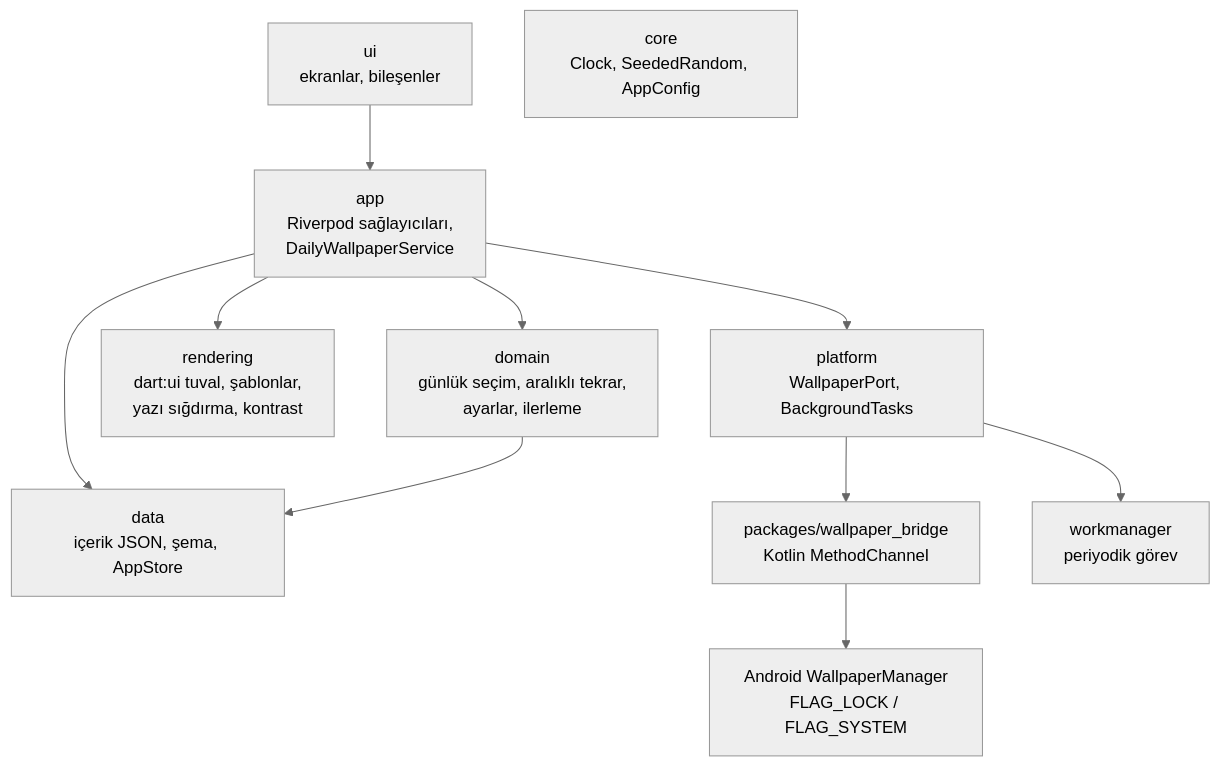
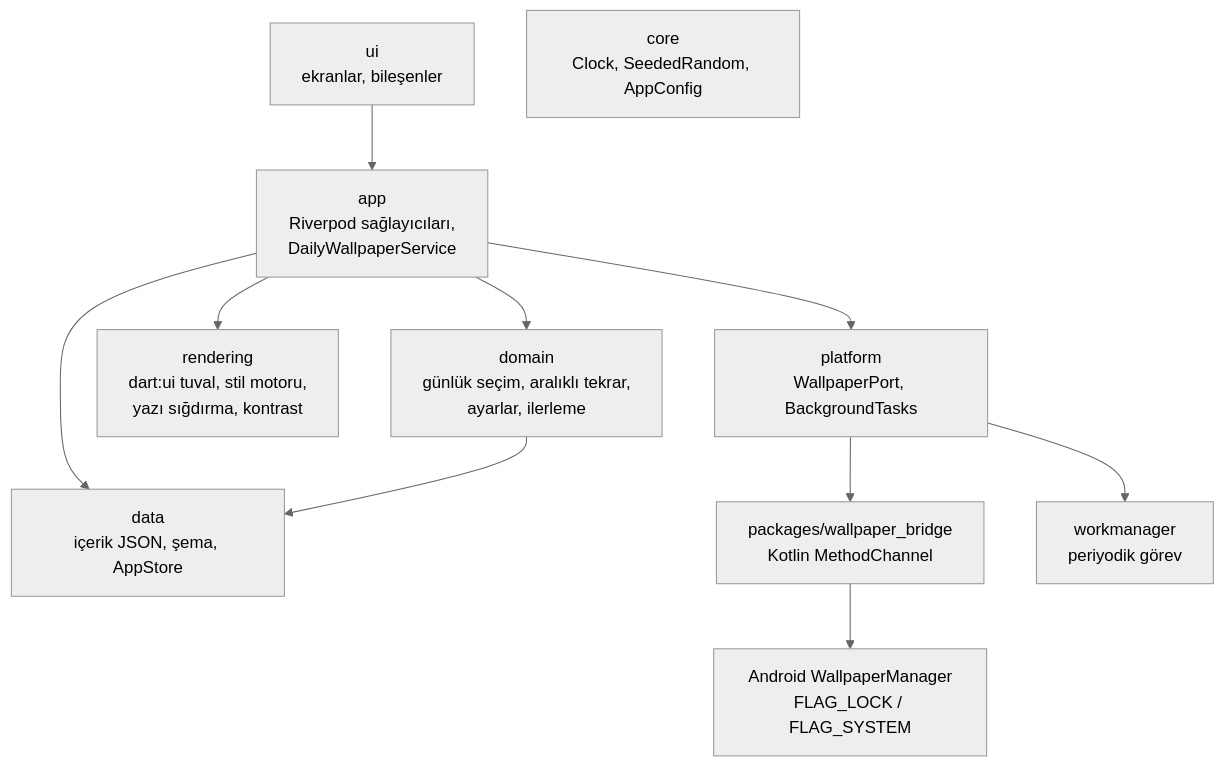
One commit to yusuf-aycicek/dayleaf changed the diagram in README.tr.md. Above: the diagram before and after it, drawn with Mermaid (neutral theme). The commit also changed other lines of this file and 129 other files, not shown here.

````diff
--- a/README.tr.md
+++ b/README.tr.md
@@ -40,13 +44,13 @@
 ```mermaid
 flowchart TD
     UI["ui<br/>ekranlar, bileşenler"] --> APP["app<br/>Riverpod sağlayıcıları,<br/>DailyWallpaperService"]
     APP --> DOMAIN["domain<br/>günlük seçim, aralıklı tekrar,<br/>ayarlar, ilerleme"]
-    APP --> RENDER["rendering<br/>dart:ui tuval, şablonlar,<br/>yazı sığdırma, kontrast"]
+    APP --> RENDER["rendering<br/>dart:ui tuval, stil motoru,<br/>yazı sığdırma, kontrast"]
     APP --> PLATFORM["platform<br/>WallpaperPort, BackgroundTasks"]
     APP --> DATA["data<br/>içerik JSON, şema, AppStore"]
     DOMAIN --> DATA
     PLATFORM --> BRIDGE["packages/wallpaper_bridge<br/>Kotlin MethodChannel"]
     BRIDGE --> WM["Android WallpaperManager<br/>FLAG_LOCK / FLAG_SYSTEM"]
     PLATFORM --> WORK["workmanager<br/>periyodik görev"]
     CORE["core<br/>Clock, SeededRandom, AppConfig"]
 ```
````
